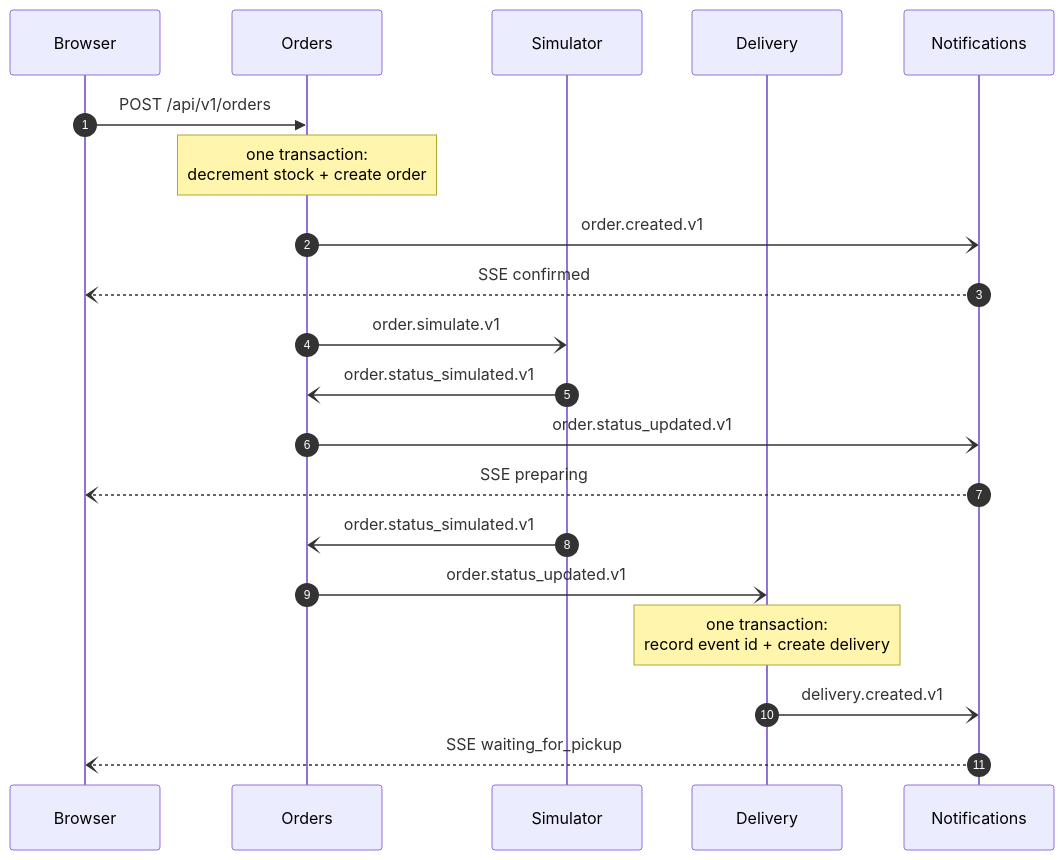
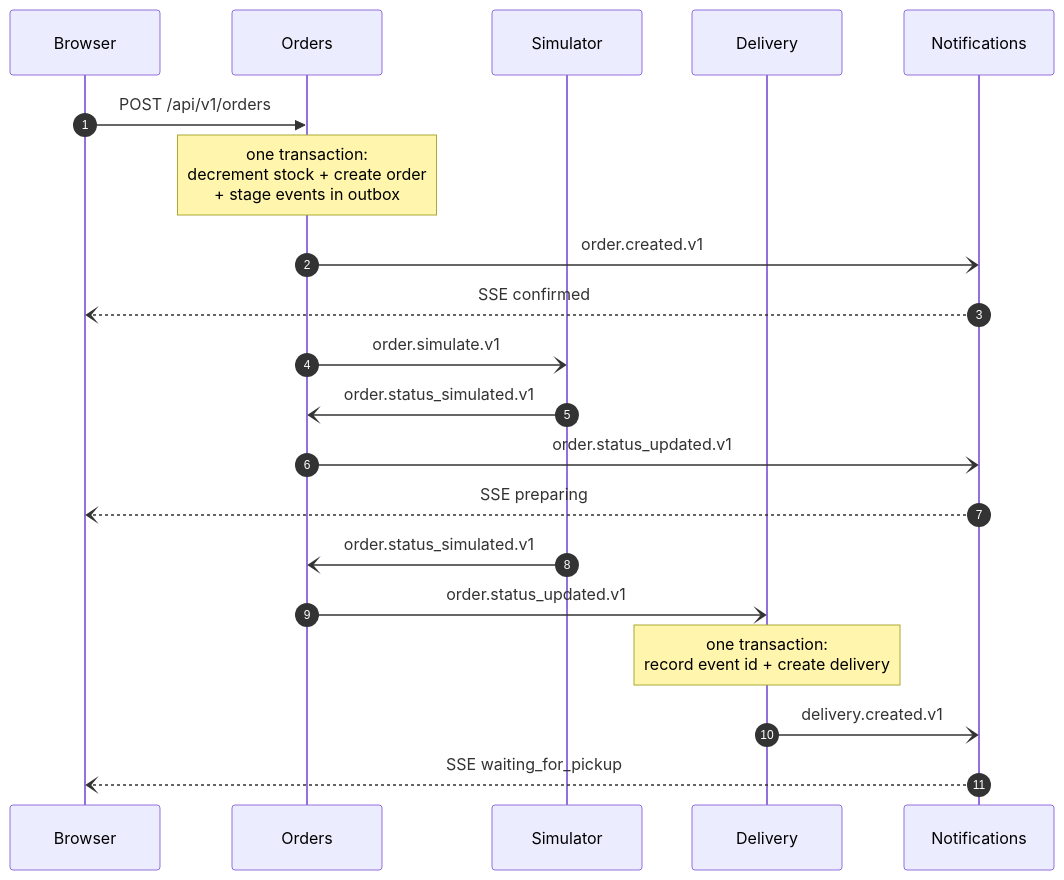
Before and after one commit to kkaarroollm/orders-project: the second of 2 diagrams in README.md, drawn with Mermaid. The commit also changed other lines of this file and 42 other files, not shown here.

````diff
--- a/README.md
+++ b/README.md
@@ -40,25 +37,25 @@
 ```mermaid
 sequenceDiagram
     autonumber
     participant B as Browser
     participant O as Orders
     participant S as Simulator
     participant D as Delivery
     participant N as Notifications
 
     B->>O: POST /api/v1/orders
-    Note over O: one transaction:<br/>decrement stock + create order
+    Note over O: one transaction:<br/>decrement stock + create order<br/>+ stage events in outbox
     O-)N: order.created.v1
     N--)B: SSE confirmed
     O-)S: order.simulate.v1
 
     S-)O: order.status_simulated.v1
     O-)N: order.status_updated.v1
     N--)B: SSE preparing
 
     S-)O: order.status_simulated.v1
     O-)D: order.status_updated.v1
     Note over D: one transaction:<br/>record event id + create delivery
     D-)N: delivery.created.v1
     N--)B: SSE waiting_for_pickup
 ```
````
